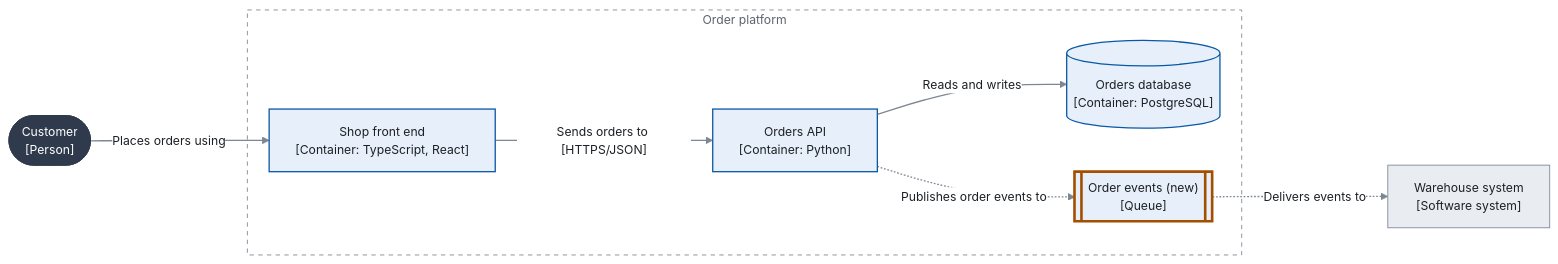
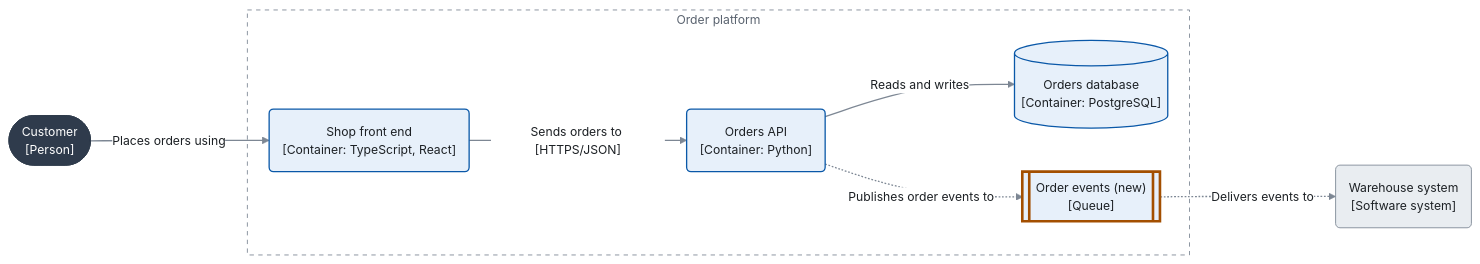
Before and after one commit to julimonte03/exo-harness: the diagram in content/packs/design/skills/diagram-design/references/tool-styling.md, drawn with Mermaid. The commit also changed other lines of this file and 13 other files, not shown here.

````diff
--- a/content/packs/design/skills/diagram-design/references/tool-styling.md
+++ b/content/packs/design/skills/diagram-design/references/tool-styling.md
@@ -22,35 +22,35 @@
 ```mermaid
 %%{init: {"theme": "base", "themeVariables": {"fontFamily": "system-ui, -apple-system, Segoe UI, Roboto, Helvetica Neue, Arial, sans-serif", "fontSize": "14px", "background": "#ffffff", "primaryColor": "#e7f0fa", "primaryTextColor": "#1d2125", "primaryBorderColor": "#0a58a8", "secondaryColor": "#e9edf1", "tertiaryColor": "#f5f7f9", "lineColor": "#7d8794", "textColor": "#1d2125", "edgeLabelBackground": "#ffffff", "clusterBkg": "#ffffff", "clusterBorder": "#7d8794", "titleColor": "#1d2125"}}}%%
 %% exo-style: neutral
 flowchart LR
     accTitle: Orders reach the warehouse through one queue
     accDescr: Customers place orders in the shop front end, which calls the Orders API. The API stores orders and publishes events to a queue that the warehouse system consumes.
 
     customer(["Customer<br/>[Person]"])
     subgraph platform["Order platform"]
-        web["Shop front end<br/>[Container: TypeScript, React]"]
-        api["Orders API<br/>[Container: Python]"]
+        web("Shop front end<br/>[Container: TypeScript, React]")
+        api("Orders API<br/>[Container: Python]")
         db[("Orders database<br/>[Container: PostgreSQL]")]
         queue[["Order events (new)<br/>[Queue]"]]
     end
-    warehouse["Warehouse system<br/>[Software system]"]
+    warehouse("Warehouse system<br/>[Software system]")
 
     customer -->|"Places orders using"| web
     web -->|"Sends orders to [HTTPS/JSON]"| api
     api -->|"Reads and writes"| db
     api -.->|"Publishes order events to"| queue
     queue -.->|"Delivers events to"| warehouse
 
     classDef focus fill:#0a58a8,stroke:#0a58a8,color:#ffffff
     classDef inner fill:#e7f0fa,stroke:#0a58a8,color:#1d2125,stroke-width:1.5px
     classDef person fill:#2f3b4c,stroke:#2f3b4c,color:#ffffff
     classDef external fill:#e9edf1,stroke:#7d8794,color:#1d2125
     classDef highlight stroke:#a34f00,stroke-width:3px
-    classDef unconfirmed stroke-dasharray:5 5
+    classDef unconfirmed stroke-dasharray:1 3
     class customer person
     class web,api,db,queue inner
     class warehouse external
     class queue highlight
     style platform fill:#ffffff,stroke:#7d8794,stroke-dasharray:5 5,color:#5b6470
     linkStyle default stroke:#7d8794,stroke-width:1.5px
 ```
````
